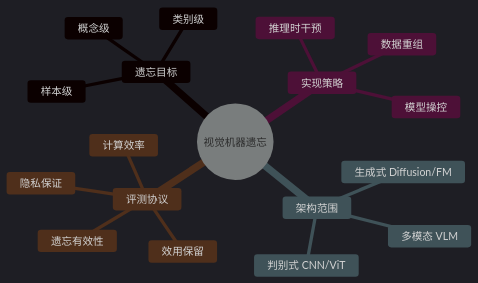
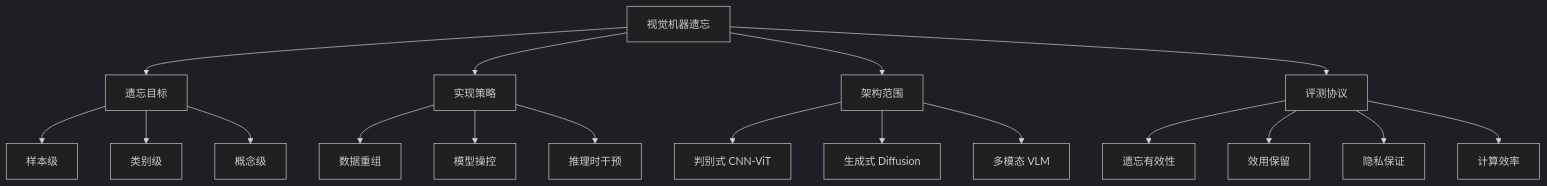
Before and after one commit to ranshaobaichi/CV_Final_Lab: the diagram in topics/machine-unlearning-cv/figures/taxonomy-tree.mmd, drawn with Mermaid (dark theme). The commit also changed 4 other files, not shown here.

First line of the commit message:
Fix Mermaid diagrams and remove draft metadata header

```diff
--- a/topics/machine-unlearning-cv/figures/taxonomy-tree.mmd
+++ b/topics/machine-unlearning-cv/figures/taxonomy-tree.mmd
@@ -1,19 +1,19 @@
-mindmap
-  root((视觉机器遗忘))
-    遗忘目标
-      样本级
-      类别级
-      概念级
-    实现策略
-      数据重组
-      模型操控
-      推理时干预
-    架构范围
-      判别式 CNN/ViT
-      生成式 Diffusion/FM
-      多模态 VLM
-    评测协议
-      遗忘有效性
-      效用保留
-      隐私保证
-      计算效率
+flowchart TB
+  R[视觉机器遗忘]
+  R --> T[遗忘目标]
+  R --> S[实现策略]
+  R --> A[架构范围]
+  R --> E[评测协议]
+  T --> T1[样本级]
+  T --> T2[类别级]
+  T --> T3[概念级]
+  S --> S1[数据重组]
+  S --> S2[模型操控]
+  S --> S3[推理时干预]
+  A --> A1[判别式 CNN-ViT]
+  A --> A2[生成式 Diffusion]
+  A --> A3[多模态 VLM]
+  E --> E1[遗忘有效性]
+  E --> E2[效用保留]
+  E --> E3[隐私保证]
+  E --> E4[计算效率]
```
